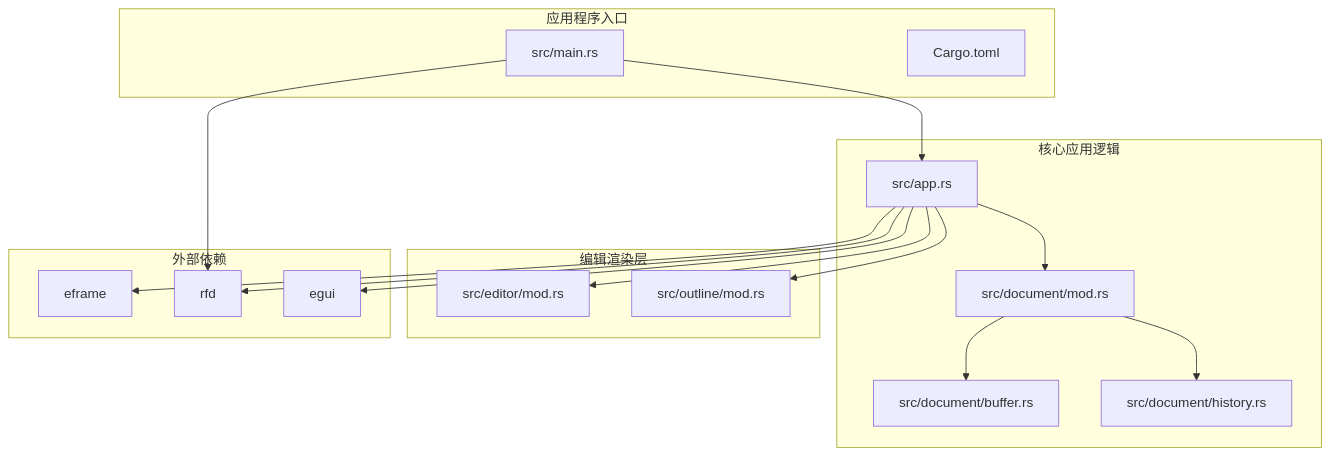
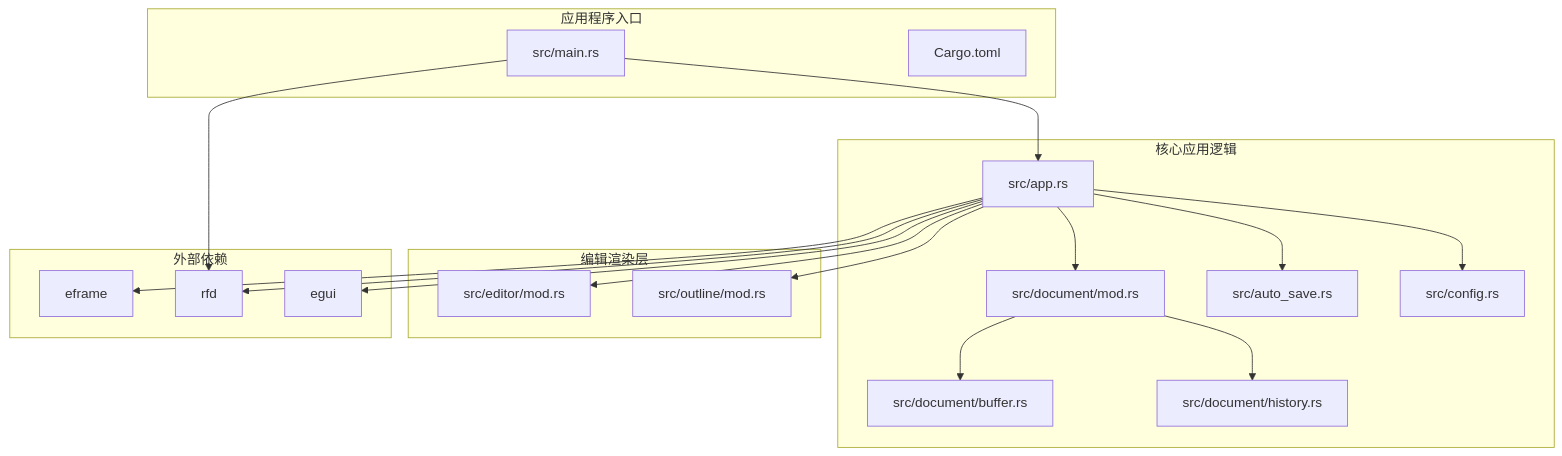
One commit to tea4go/mdedit changed the first of 20 diagrams in .qoder/repowiki/zh/content/功能特性详解/文件操作功能.md. Above: the diagram before and after it, drawn with Mermaid. The commit also changed other lines of this file and 25 other files, not shown here.

````diff
--- a/.qoder/repowiki/zh/content/功能特性详解/文件操作功能.md
+++ b/.qoder/repowiki/zh/content/功能特性详解/文件操作功能.md
@@ -38,32 +40,36 @@
 ```mermaid
 graph TB
 subgraph "应用程序入口"
 Main[src/main.rs]
 Cargo[Cargo.toml]
 end
 subgraph "核心应用逻辑"
 App[src/app.rs]
 Document[src/document/mod.rs]
 Buffer[src/document/buffer.rs]
 History[src/document/history.rs]
+AutoSave[src/auto_save.rs]
+Config[src/config.rs]
 end
 subgraph "编辑渲染层"
 Editor[src/editor/mod.rs]
 Outline[src/outline/mod.rs]
 end
 subgraph "外部依赖"
 Eframe[eframe]
 RFD[rfd]
 Egui[egui]
 end
 Main --> App
 App --> Document
 Document --> Buffer
 Document --> History
+App --> AutoSave
+App --> Config
 App --> Editor
 App --> Outline
 App --> Eframe
 Main --> RFD
 App --> RFD
 App --> Egui
 ```
````
